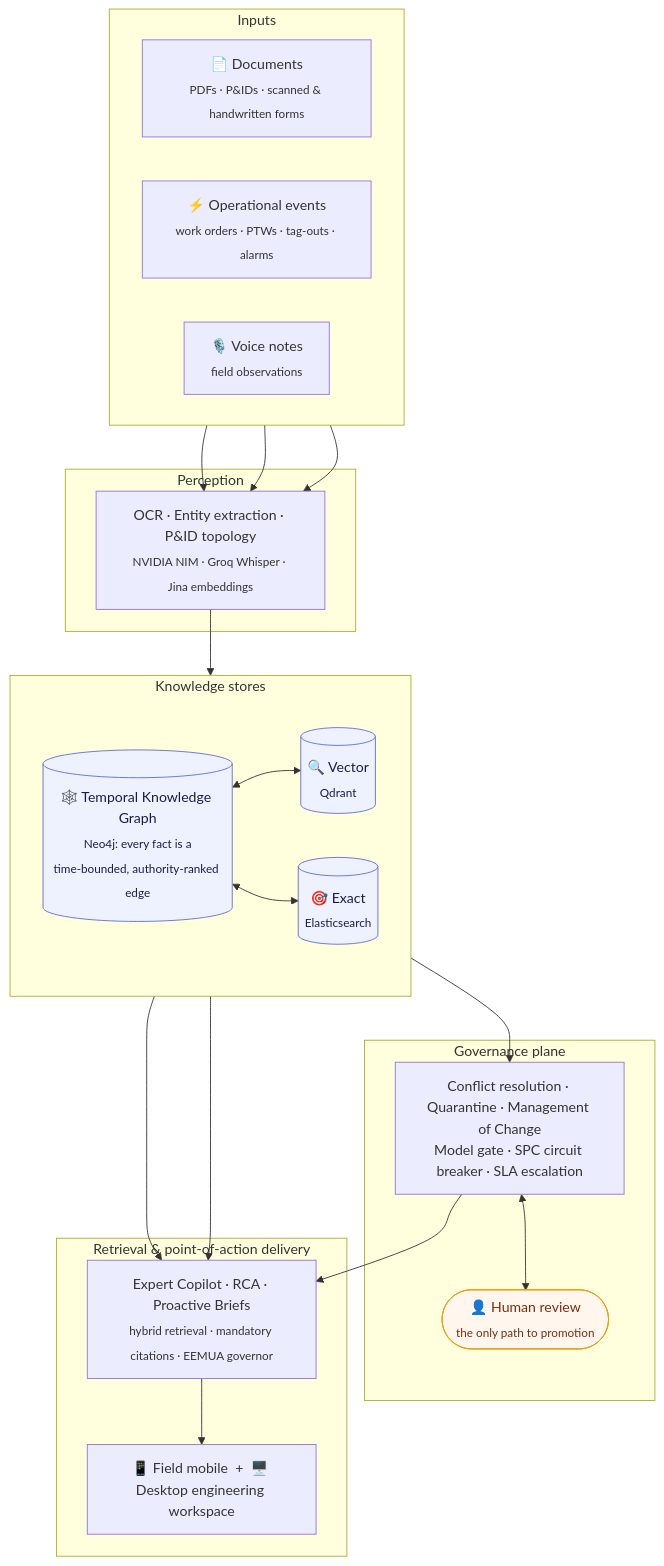
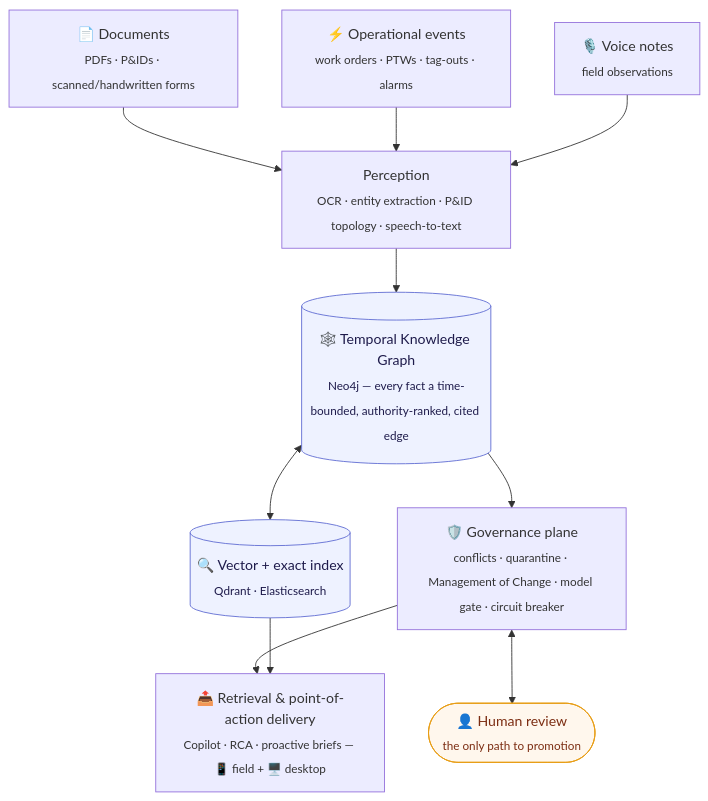
One commit to kr1shnasomani/kairos changed the diagram in README.md. Above: the diagram before and after it, drawn with Mermaid. The commit also changed other lines of this file and 4 other files, not shown here.

````diff
--- a/README.md
+++ b/README.md
@@ -60,48 +59,28 @@
 ```mermaid
 flowchart TD
-    subgraph IN [" Inputs "]
-        direction LR
-        D["📄 Documents<br/><sub>PDFs · P&IDs · scanned & handwritten forms</sub>"]
-        E["⚡ Operational events<br/><sub>work orders · PTWs · tag-outs · alarms</sub>"]
-        V["🎙️ Voice notes<br/><sub>field observations</sub>"]
-    end
+    D["📄 Documents<br/><sub>PDFs · P&IDs · scanned/handwritten forms</sub>"]
+    E["⚡ Operational events<br/><sub>work orders · PTWs · tag-outs · alarms</sub>"]
+    V["🎙️ Voice notes<br/><sub>field observations</sub>"]
 
-    subgraph PERCEPT [" Perception "]
-        P["OCR · Entity extraction · P&ID topology<br/><sub>NVIDIA NIM · Groq Whisper · Jina embeddings</sub>"]
-    end
-
-    subgraph KNOW [" Knowledge stores "]
-        direction LR
-        G[("🕸️ Temporal Knowledge Graph<br/><sub>Neo4j: every fact is a<br/>time-bounded, authority-ranked edge</sub>")]
-        VS[("🔍 Vector<br/><sub>Qdrant</sub>")]
-        XS[("🎯 Exact<br/><sub>Elasticsearch</sub>")]
-    end
-
-    subgraph GOV [" Governance plane "]
-        GV["Conflict resolution · Quarantine · Management of Change<br/>Model gate · SPC circuit breaker · SLA escalation"]
-        H(["👤 Human review<br/><sub>the only path to promotion</sub>"])
-    end
-
-    subgraph OUT [" Retrieval & point-of-action delivery "]
-        R["Expert Copilot · RCA · Proactive Briefs<br/><sub>hybrid retrieval · mandatory citations · EEMUA governor</sub>"]
-        UI["📱 Field mobile  +  🖥️ Desktop engineering workspace"]
-    end
+    P["Perception<br/><sub>OCR · entity extraction · P&ID topology · speech-to-text</sub>"]
+    G[("🕸️ Temporal Knowledge Graph<br/><sub>Neo4j — every fact a time-bounded, authority-ranked, cited edge</sub>")]
+    IDX[("🔍 Vector + exact index<br/><sub>Qdrant · Elasticsearch</sub>")]
+    GOV["🛡️ Governance plane<br/><sub>conflicts · quarantine · Management of Change · model gate · circuit breaker</sub>"]
+    H(["👤 Human review<br/><sub>the only path to promotion</sub>"])
+    OUT["📤 Retrieval & point-of-action delivery<br/><sub>Copilot · RCA · proactive briefs — 📱 field + 🖥️ desktop</sub>"]
 
     D --> P
     E --> P
     V --> P
     P --> G
-    G <--> VS
-    G <--> XS
-    G --> GV
-    GV <--> H
-    GV --> R
-    VS --> R
-    XS --> R
-    R --> UI
+    G <--> IDX
+    G --> GOV
+    GOV <--> H
+    GOV --> OUT
+    IDX --> OUT
 
     classDef store fill:#eef2ff,stroke:#5e6ad2,color:#1e1b4b;
     classDef human fill:#fff7ed,stroke:#e79d13,color:#7c2d12;
-    class G,VS,XS store;
+    class G,IDX store;
     class H human;
 ```
````
